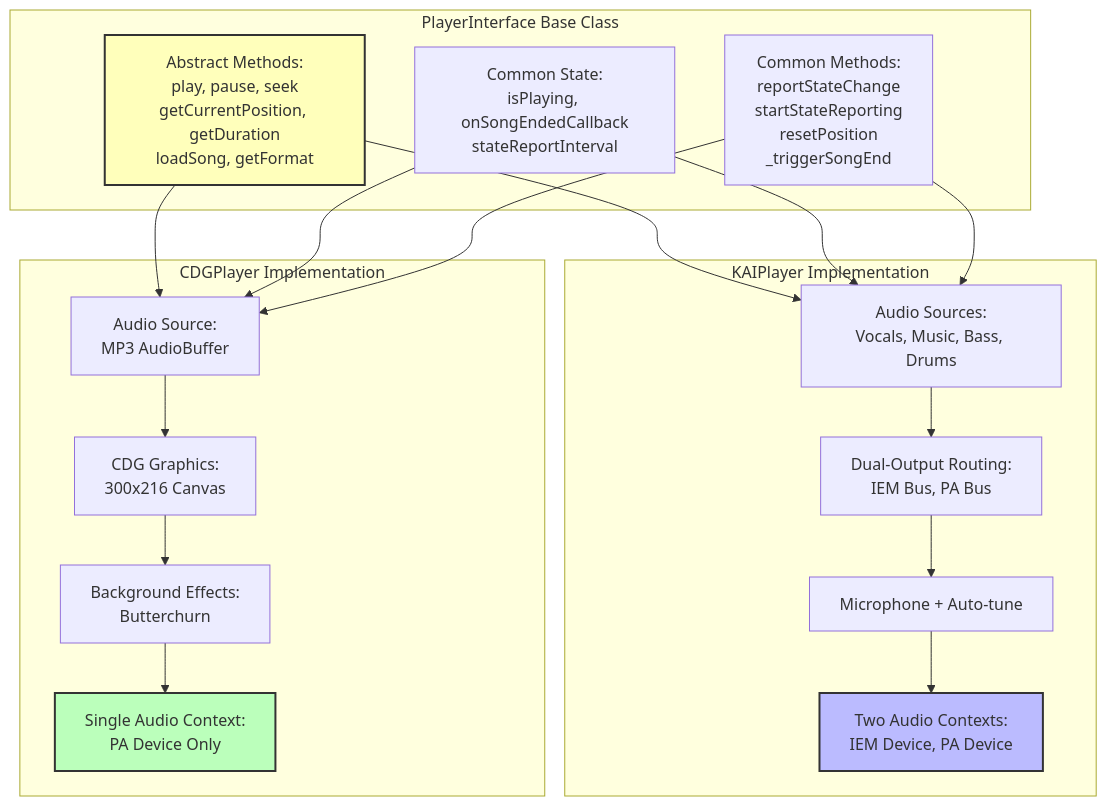
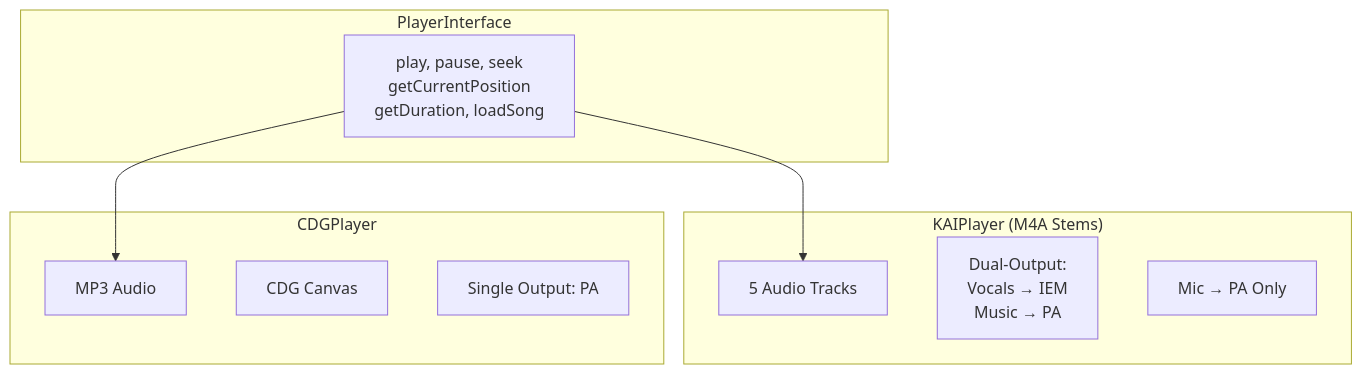
Before and after one commit to monteslu/loukai: the third of 5 diagrams in docs/architecture.md, drawn with Mermaid. The commit also changed other lines of this file and 37 other files, not shown here.

````diff
--- a/docs/architecture.md
+++ b/docs/architecture.md
@@ -187,41 +288,21 @@
 ```mermaid
 graph TB
-    subgraph "PlayerInterface Base Class"
-        Interface[Abstract Methods:<br/>play, pause, seek<br/>getCurrentPosition, getDuration<br/>loadSong, getFormat]
-        State[Common State:<br/>isPlaying, onSongEndedCallback<br/>stateReportInterval]
-        Methods[Common Methods:<br/>reportStateChange<br/>startStateReporting<br/>resetPosition<br/>_triggerSongEnd]
+    subgraph "PlayerInterface"
+        Methods[play, pause, seek<br/>getCurrentPosition<br/>getDuration, loadSong]
     end
 
-    subgraph "KAIPlayer Implementation"
-        KAISources[Audio Sources:<br/>Vocals, Music, Bass, Drums]
-        KAIRouting[Dual-Output Routing:<br/>IEM Bus, PA Bus]
-        KAIMic[Microphone + Auto-tune]
-        KAIDevices[Two Audio Contexts:<br/>IEM Device, PA Device]
+    subgraph "KAIPlayer (M4A Stems)"
+        KAISources[5 Audio Tracks]
+        KAIRouting[Dual-Output:<br/>Vocals → IEM<br/>Music → PA]
+        KAIMic[Mic → PA Only]
     end
 
-    subgraph "CDGPlayer Implementation"
-        CDGSources[Audio Source:<br/>MP3 AudioBuffer]
-        CDGGraphics[CDG Graphics:<br/>300x216 Canvas]
-        CDGDevice[Single Audio Context:<br/>PA Device Only]
-        CDGEffects[Background Effects:<br/>Butterchurn]
+    subgraph "CDGPlayer"
+        CDGAudio[MP3 Audio]
+        CDGGraphics[CDG Canvas]
+        CDGPA[Single Output: PA]
     end
 
-    Interface --> KAISources
-    Interface --> CDGSources
-    State --> KAISources
-    State --> CDGSources
     Methods --> KAISources
-    Methods --> CDGSources
-
-    KAISources --> KAIRouting
-    KAIRouting --> KAIMic
-    KAIMic --> KAIDevices
-
-    CDGSources --> CDGGraphics
-    CDGGraphics --> CDGEffects
-    CDGEffects --> CDGDevice
-
-    style Interface fill:#ffb,stroke:#333,stroke-width:2px
-    style KAIDevices fill:#bbf,stroke:#333,stroke-width:2px
-    style CDGDevice fill:#bfb,stroke:#333,stroke-width:2px
+    Methods --> CDGAudio
 ```
````
